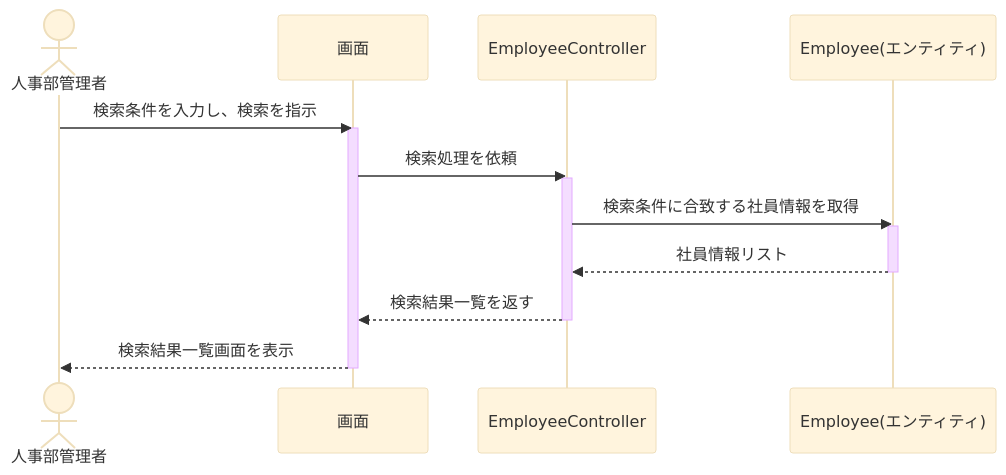
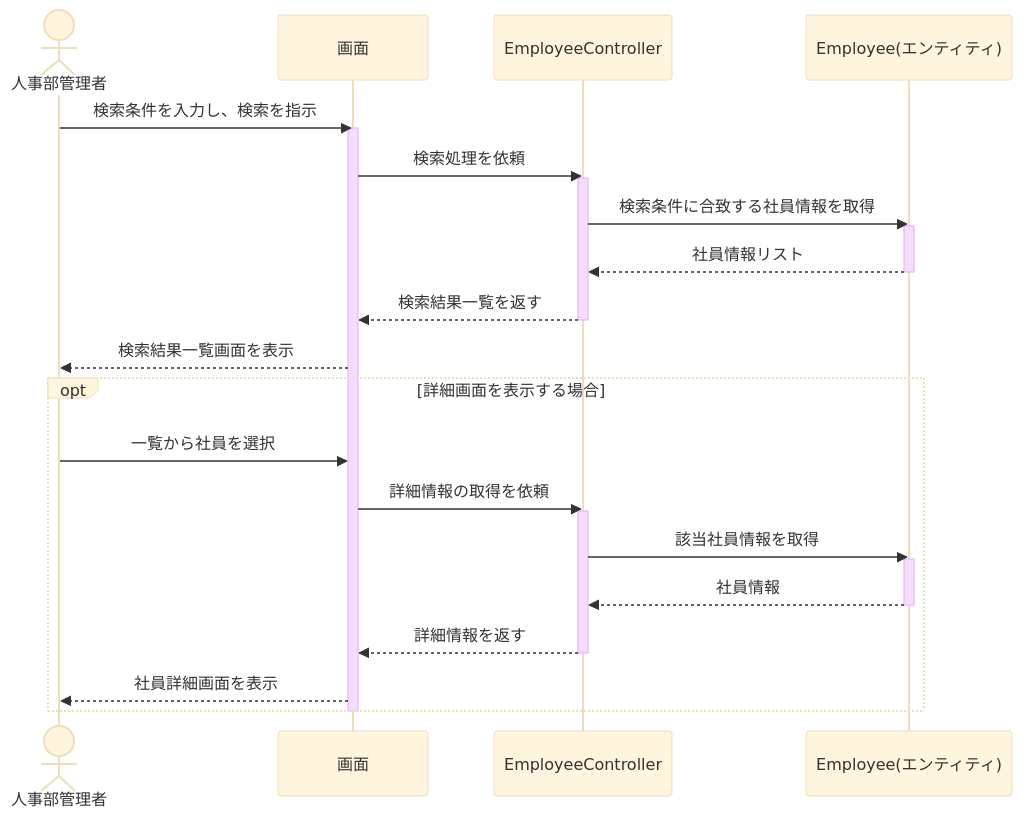
The eighth of 13 diagrams in EIMS_Comprehensive_Exercise_Guide.md (juyeongjung1/NewEIMS), drawn with Mermaid (base theme) before and after one commit. The commit also changed other lines of this file, not shown here.

Commit message:
分析レベルのシーケンス図にUC001の詳細表示フローとUC003/UC004を追加

````diff
--- a/EIMS_Comprehensive_Exercise_Guide.md
+++ b/EIMS_Comprehensive_Exercise_Guide.md
@@ -720,23 +720,36 @@
 ```mermaid
 sequenceDiagram
     actor Admin as 人事部管理者
     participant UI as 画面
     participant Ctrl as EmployeeController
     participant Emp as Employee(エンティティ)
 
     Admin ->> UI: 検索条件を入力し、検索を指示
     activate UI
     UI ->> Ctrl: 検索処理を依頼
     activate Ctrl
     
     Ctrl ->> Emp: 検索条件に合致する社員情報を取得
     activate Emp
     Emp -->> Ctrl: 社員情報リスト
     deactivate Emp
     
     Ctrl -->> UI: 検索結果一覧を返す
     deactivate Ctrl
     
     UI -->> Admin: 検索結果一覧画面を表示
+    
+    opt 詳細画面を表示する場合
+        Admin ->> UI: 一覧から社員を選択
+        UI ->> Ctrl: 詳細情報の取得を依頼
+        activate Ctrl
+        Ctrl ->> Emp: 該当社員情報を取得
+        activate Emp
+        Emp -->> Ctrl: 社員情報
+        deactivate Emp
+        Ctrl -->> UI: 詳細情報を返す
+        deactivate Ctrl
+        UI -->> Admin: 社員詳細画面を表示
+    end
     deactivate UI
 ```
````
